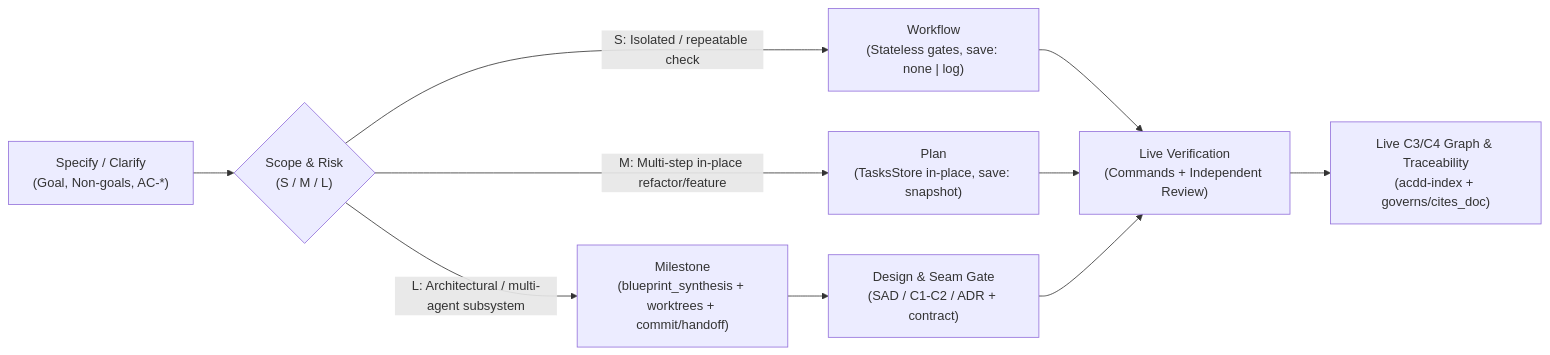
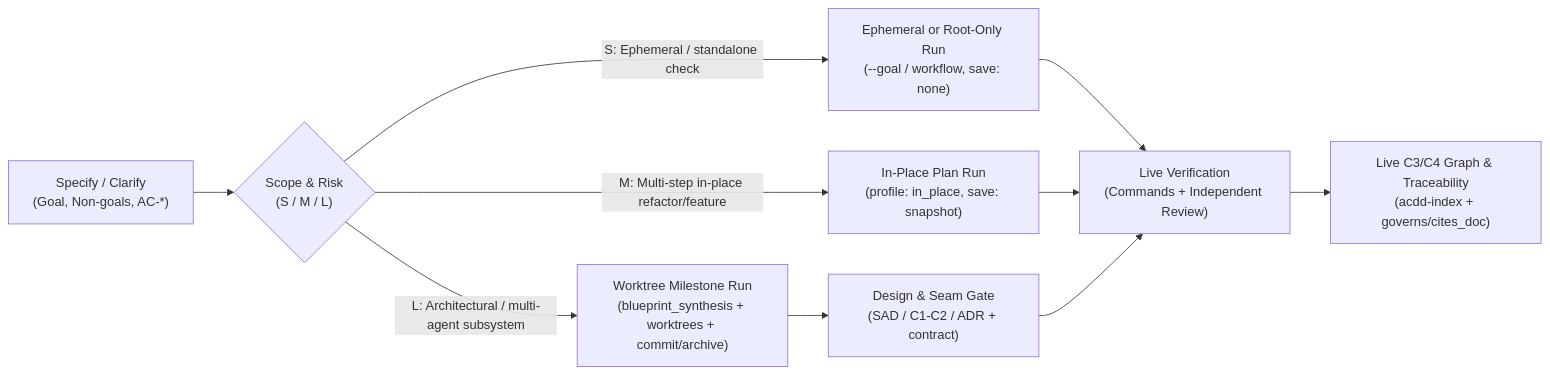
Before and after one commit to ContextUnity/contextunity-acdd: the diagram in docs/architecture/specification-and-design-lifecycle.md, drawn with Mermaid. The commit also changed other lines of this file and 131 other files, not shown here.

````diff
--- a/docs/architecture/specification-and-design-lifecycle.md
+++ b/docs/architecture/specification-and-design-lifecycle.md
@@ -40,12 +40,12 @@
 ```mermaid
 flowchart LR
   Spec["Specify / Clarify<br/>(Goal, Non-goals, AC-*)"] --> Triage{"Scope & Risk<br/>(S / M / L)"}
-  Triage -->|"S: Isolated / repeatable check"| WF["Workflow<br/>(Stateless gates, save: none | log)"]
-  Triage -->|"M: Multi-step in-place refactor/feature"| PL["Plan<br/>(TasksStore in-place, save: snapshot)"]
-  Triage -->|"L: Architectural / multi-agent subsystem"| MS["Milestone<br/>(blueprint_synthesis + worktrees + commit/handoff)"]
+  Triage -->|"S: Ephemeral / standalone check"| WF["Ephemeral or Root-Only Run<br/>(--goal / workflow, save: none)"]
+  Triage -->|"M: Multi-step in-place refactor/feature"| PL["In-Place Plan Run<br/>(profile: in_place, save: snapshot)"]
+  Triage -->|"L: Architectural / multi-agent subsystem"| MS["Worktree Milestone Run<br/>(blueprint_synthesis + worktrees + commit/archive)"]
   WF --> Verify["Live Verification<br/>(Commands + Independent Review)"]
   PL --> Verify
   MS --> Graph["Design & Seam Gate<br/>(SAD / C1-C2 / ADR + contract)"]
   Graph --> Verify
   Verify --> C34["Live C3/C4 Graph & Traceability<br/>(acdd-index + governs/cites_doc)"]
 ```
````
